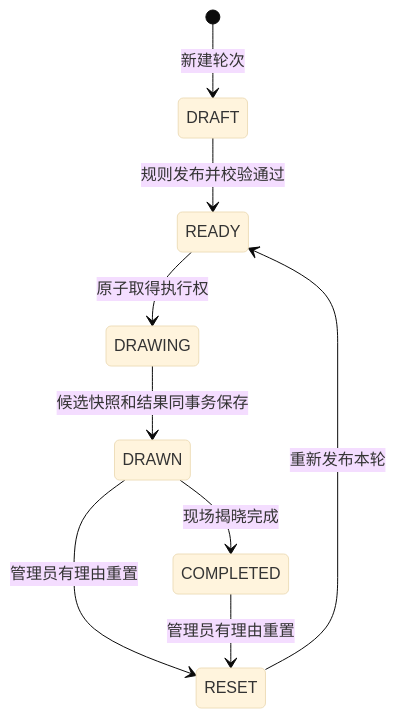
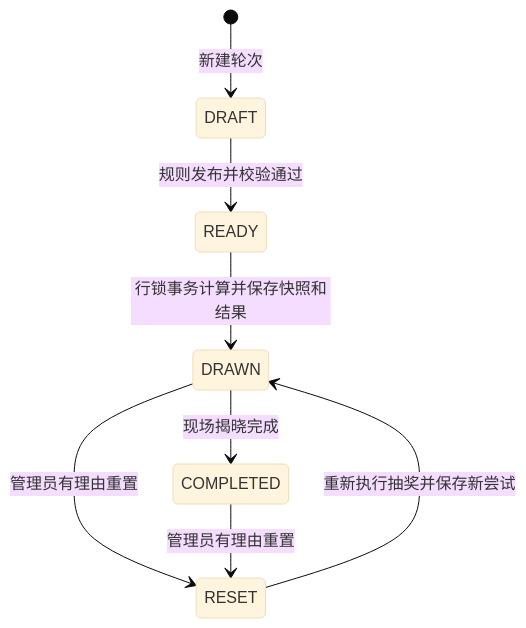
The eighth of 9 diagrams in docs/design/04-state-machines.md (ChenWang08/ordershow), drawn with Mermaid (base theme) before and after one commit. The commit also changed other lines of this file and 40 other files, not shown here.

````diff
--- a/docs/design/04-state-machines.md
+++ b/docs/design/04-state-machines.md
@@ -290,11 +290,10 @@
 ```mermaid
 stateDiagram-v2
   [*] --> DRAFT: 新建轮次
   DRAFT --> READY: 规则发布并校验通过
-  READY --> DRAWING: 原子取得执行权
-  DRAWING --> DRAWN: 候选快照和结果同事务保存
+  READY --> DRAWN: 行锁事务计算并保存快照和结果
   DRAWN --> COMPLETED: 现场揭晓完成
   DRAWN --> RESET: 管理员有理由重置
   COMPLETED --> RESET: 管理员有理由重置
-  RESET --> READY: 重新发布本轮
+  RESET --> DRAWN: 重新执行抽奖并保存新尝试
 ```
````
